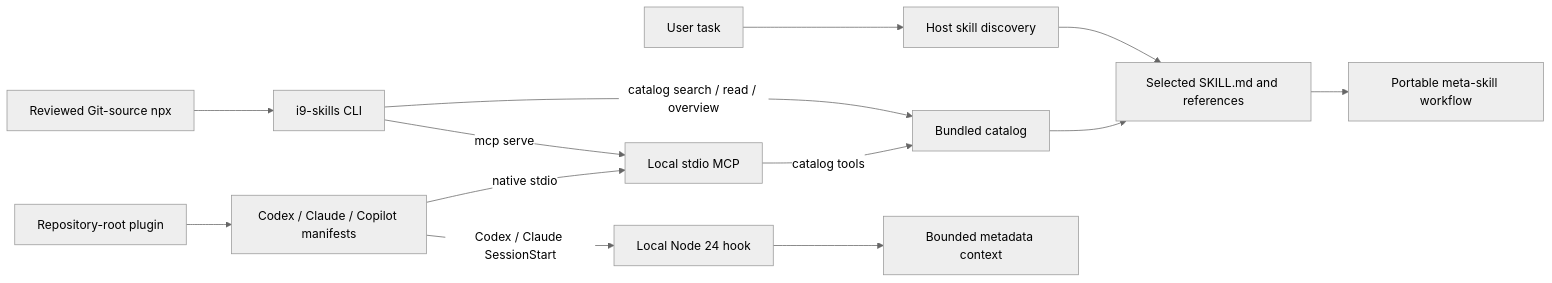
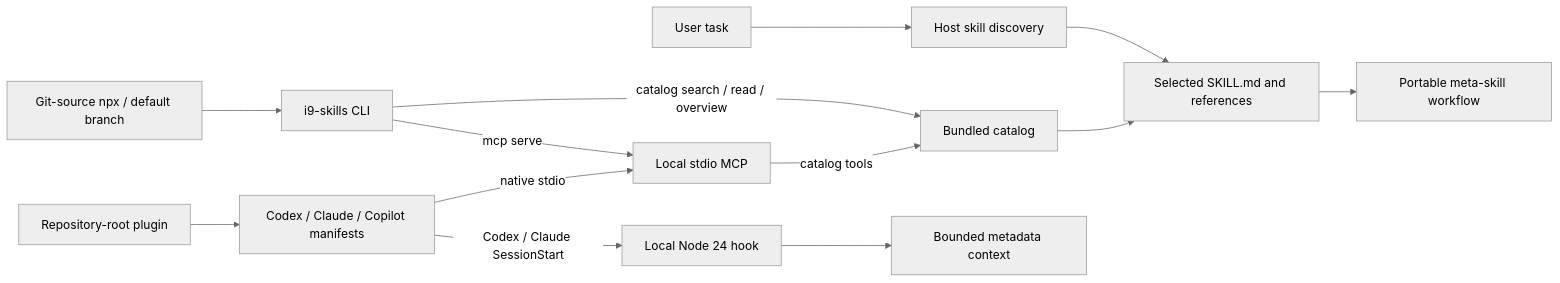
One commit to i-9-ai/skills changed the first of 8 diagrams in docs/Architecture.md. Above: the diagram before and after it, drawn with Mermaid (neutral theme). The commit also changed other lines of this file and 82 other files, not shown here.

````diff
--- a/docs/Architecture.md
+++ b/docs/Architecture.md
@@ -10,15 +10,15 @@
 ```mermaid
 flowchart LR
     Task[User task] --> Native[Host skill discovery]
     Native --> Read[Selected SKILL.md and references]
-    Git[Reviewed Git-source npx] --> CLI[i9-skills CLI]
+    Git[Git-source npx / default branch] --> CLI[i9-skills CLI]
     CLI -->|catalog search / read / overview| Catalog[Bundled catalog]
     CLI -->|mcp serve| MCP[Local stdio MCP]
     Root[Repository-root plugin] --> Host[Codex / Claude / Copilot manifests]
     Host -->|native stdio| MCP
     Host -->|Codex / Claude SessionStart| Hook[Local Node 24 hook]
     Hook --> Context[Bounded metadata context]
     MCP -->|catalog tools| Catalog
     Catalog --> Read
     Read --> Work[Portable meta-skill workflow]
 ```
````
